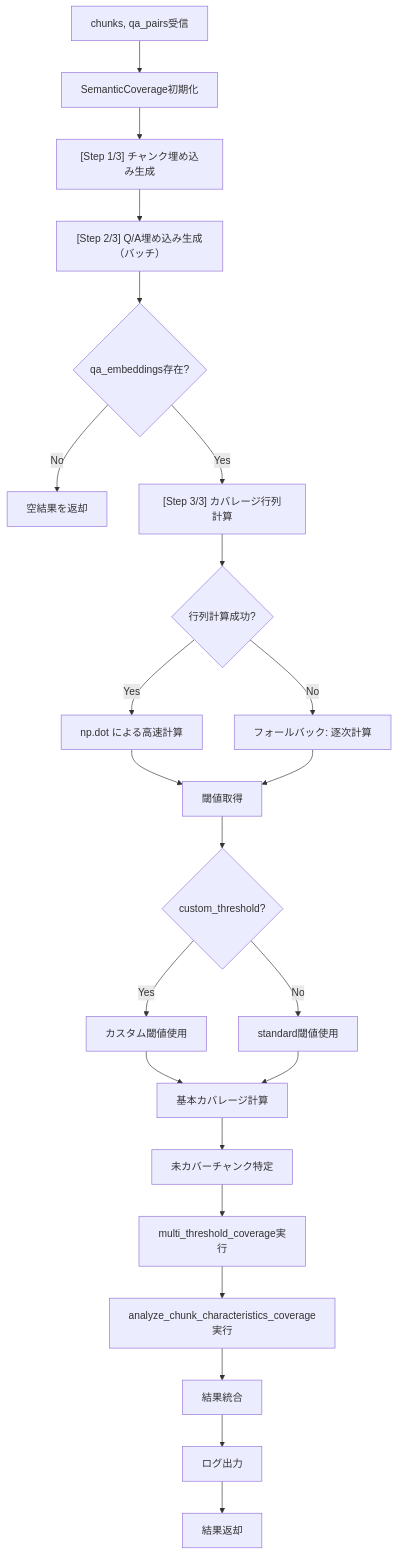
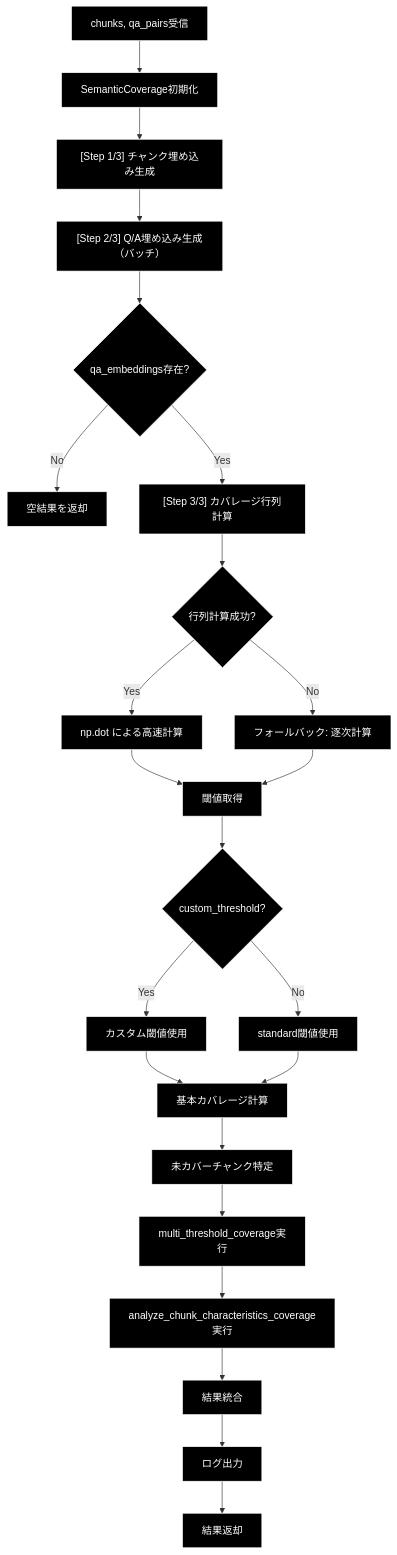
The fifth of 6 diagrams in qa_generation/doc/evaluation.md (nakashima2toshio/ollama_grace_agent_v2), drawn with Mermaid before and after one commit. The commit also changed other lines of this file and 7 other files, not shown here.

````diff
--- a/qa_generation/doc/evaluation.md
+++ b/qa_generation/doc/evaluation.md
@@ -312,28 +339,31 @@
 ```mermaid
 flowchart TD
     A[chunks, qa_pairs受信] --> B[SemanticCoverage初期化]
     B --> C["[Step 1/3] チャンク埋め込み生成"]
     C --> D["[Step 2/3] Q/A埋め込み生成（バッチ）"]
     D --> E{qa_embeddings存在?}
     E -->|No| F[空結果を返却]
     E -->|Yes| G["[Step 3/3] カバレージ行列計算"]
 
     G --> H{行列計算成功?}
     H -->|Yes| I[np.dot による高速計算]
     H -->|No| J[フォールバック: 逐次計算]
 
     I --> K[閾値取得]
     J --> K
     K --> L{custom_threshold?}
     L -->|Yes| M[カスタム閾値使用]
     L -->|No| N[standard閾値使用]
 
     M --> O[基本カバレージ計算]
     N --> O
     O --> P[未カバーチャンク特定]
     P --> Q[multi_threshold_coverage実行]
     Q --> R[analyze_chunk_characteristics_coverage実行]
     R --> S[結果統合]
     S --> T[ログ出力]
     T --> U[結果返却]
+classDef default fill:#000,stroke:#fff,color:#fff
+classDef subgraphStyle fill:#1a1a1a,stroke:#fff,color:#fff
+class A,B,C,D,E,F,G,H,I,J,K,L,M,N,O,P,Q,R,S,T,U default
 ```
````
